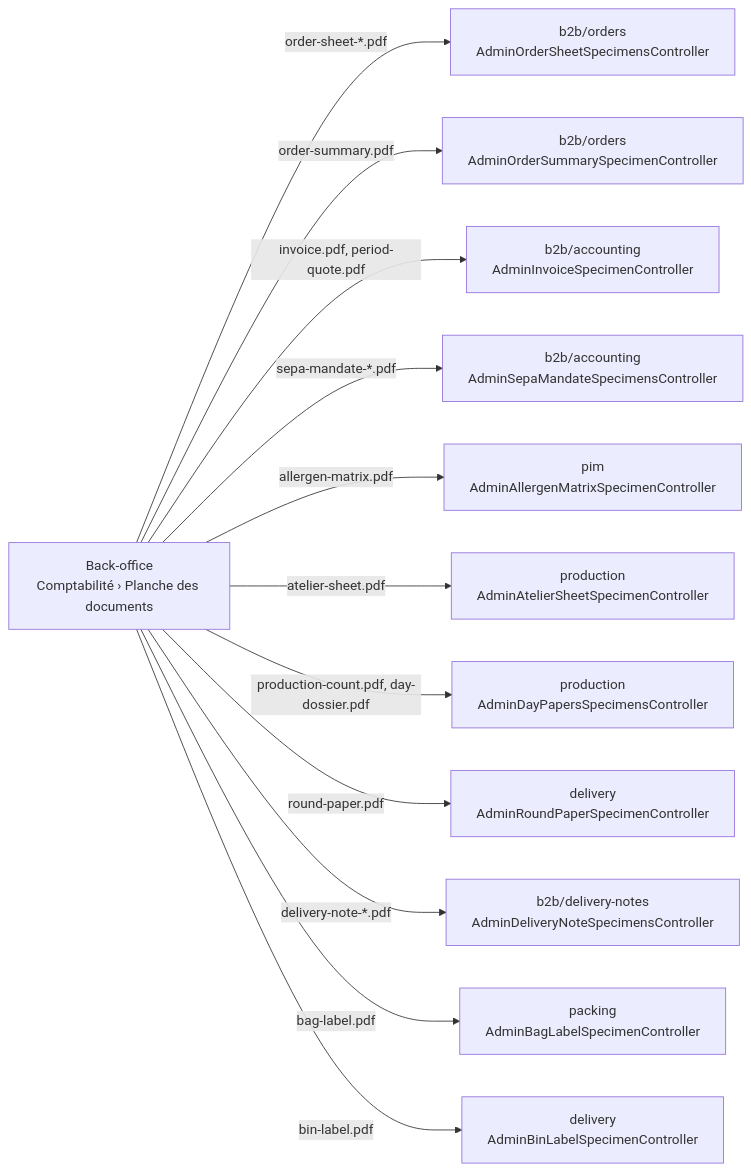
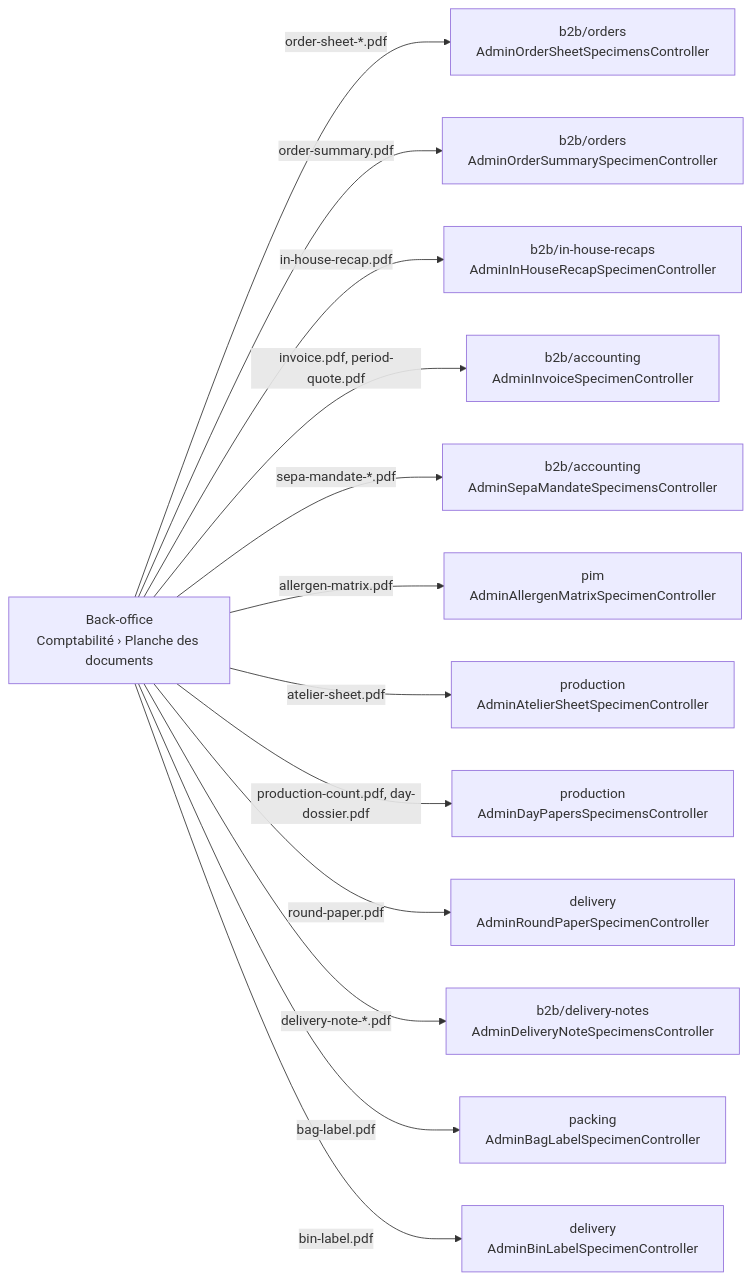
The diagram in documentation/comptabilite/planche-des-documents.md (hugoheynard/lfd), drawn with Mermaid before and after one commit. The commit also changed other lines of this file and 75 other files, not shown here.

First line of the commit message:
feat(in-house-recaps): le PDF, l e-mail et la carte des récapitulatifs

````diff
--- a/documentation/comptabilite/planche-des-documents.md
+++ b/documentation/comptabilite/planche-des-documents.md
@@ -43,15 +44,16 @@
 ```mermaid
 flowchart LR
   screen["Back-office<br/>Comptabilité › Planche des documents"]
   screen -->|order-sheet-*.pdf| orders["b2b/orders<br/>AdminOrderSheetSpecimensController"]
   screen -->|order-summary.pdf| summary["b2b/orders<br/>AdminOrderSummarySpecimenController"]
+  screen -->|in-house-recap.pdf| recaps["b2b/in-house-recaps<br/>AdminInHouseRecapSpecimenController"]
   screen -->|invoice.pdf, period-quote.pdf| accounting["b2b/accounting<br/>AdminInvoiceSpecimenController"]
   screen -->|sepa-mandate-*.pdf| mandates["b2b/accounting<br/>AdminSepaMandateSpecimensController"]
   screen -->|allergen-matrix.pdf| pim["pim<br/>AdminAllergenMatrixSpecimenController"]
   screen -->|atelier-sheet.pdf| production["production<br/>AdminAtelierSheetSpecimenController"]
   screen -->|production-count.pdf, day-dossier.pdf| dayPapers["production<br/>AdminDayPapersSpecimensController"]
   screen -->|round-paper.pdf| delivery["delivery<br/>AdminRoundPaperSpecimenController"]
   screen -->|delivery-note-*.pdf| notes["b2b/delivery-notes<br/>AdminDeliveryNoteSpecimensController"]
   screen -->|bag-label.pdf| packing["packing<br/>AdminBagLabelSpecimenController"]
   screen -->|bin-label.pdf| binLabel["delivery<br/>AdminBinLabelSpecimenController"]
 ```
````
